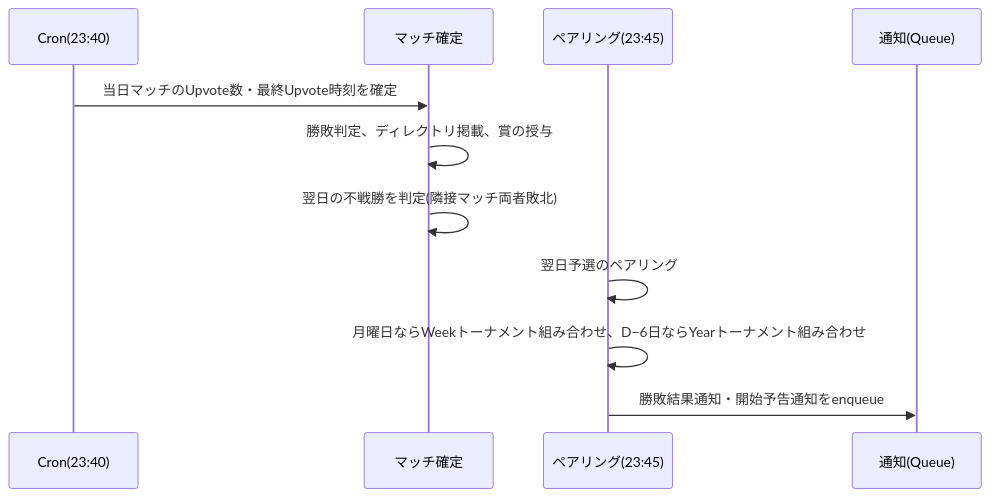
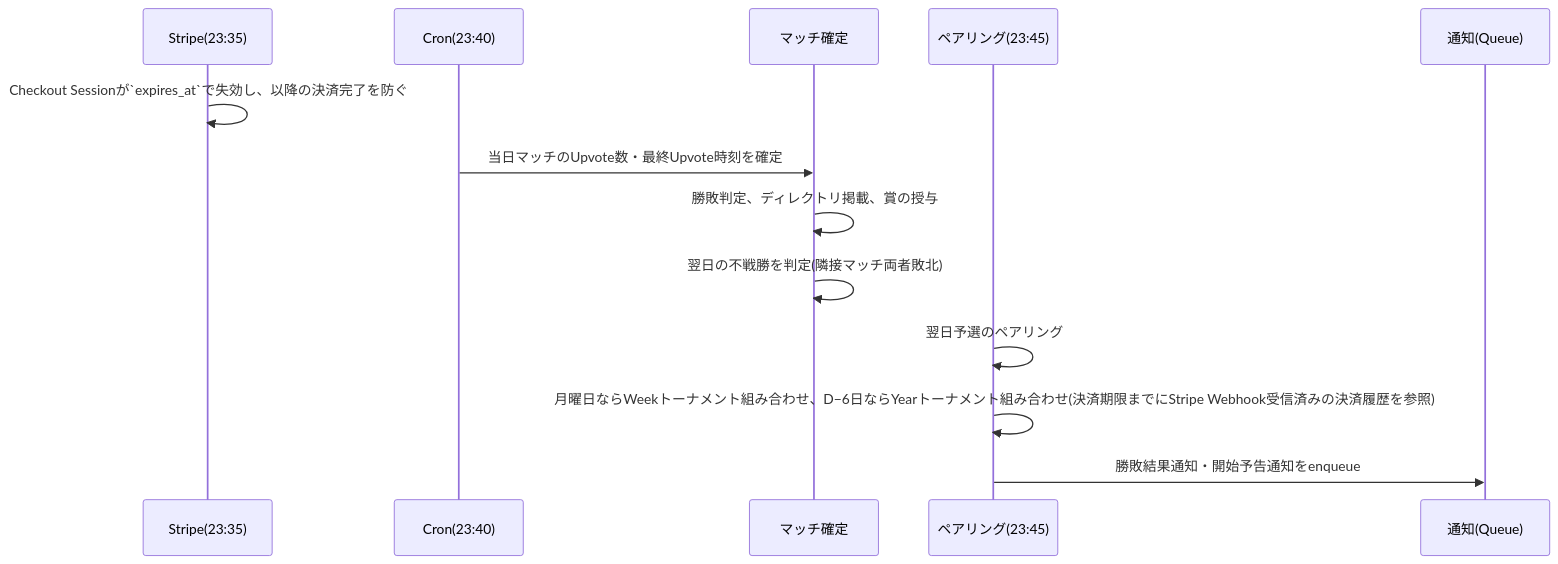
The diagram in docs/GUIDES/service/overview/007-daily-timeline.md (kurachiweb/genai-example-2-launch-platform), drawn with Mermaid before and after one commit. The commit also changed other lines of this file and 6 other files, not shown here.

````diff
--- a/docs/GUIDES/service/overview/007-daily-timeline.md
+++ b/docs/GUIDES/service/overview/007-daily-timeline.md
@@ -56,13 +56,15 @@
 ```mermaid
 sequenceDiagram
+    participant S as Stripe(23:35)
     participant C as Cron(23:40)
     participant M as マッチ確定
     participant P as ペアリング(23:45)
     participant N as 通知(Queue)
+    S->>S: Checkout Sessionが`expires_at`で失効し、以降の決済完了を防ぐ
     C->>M: 当日マッチのUpvote数・最終Upvote時刻を確定
     M->>M: 勝敗判定、ディレクトリ掲載、賞の授与
     M->>M: 翌日の不戦勝を判定(隣接マッチ両者敗北)
     P->>P: 翌日予選のペアリング
-    P->>P: 月曜日ならWeekトーナメント組み合わせ、D−6日ならYearトーナメント組み合わせ
+    P->>P: 月曜日ならWeekトーナメント組み合わせ、D−6日ならYearトーナメント組み合わせ(決済期限までにStripe Webhook受信済みの決済履歴を参照)
     P->>N: 勝敗結果通知・開始予告通知をenqueue
 ```
````
